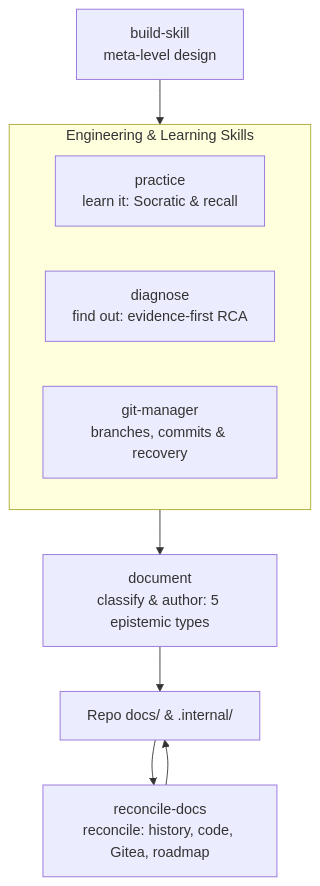
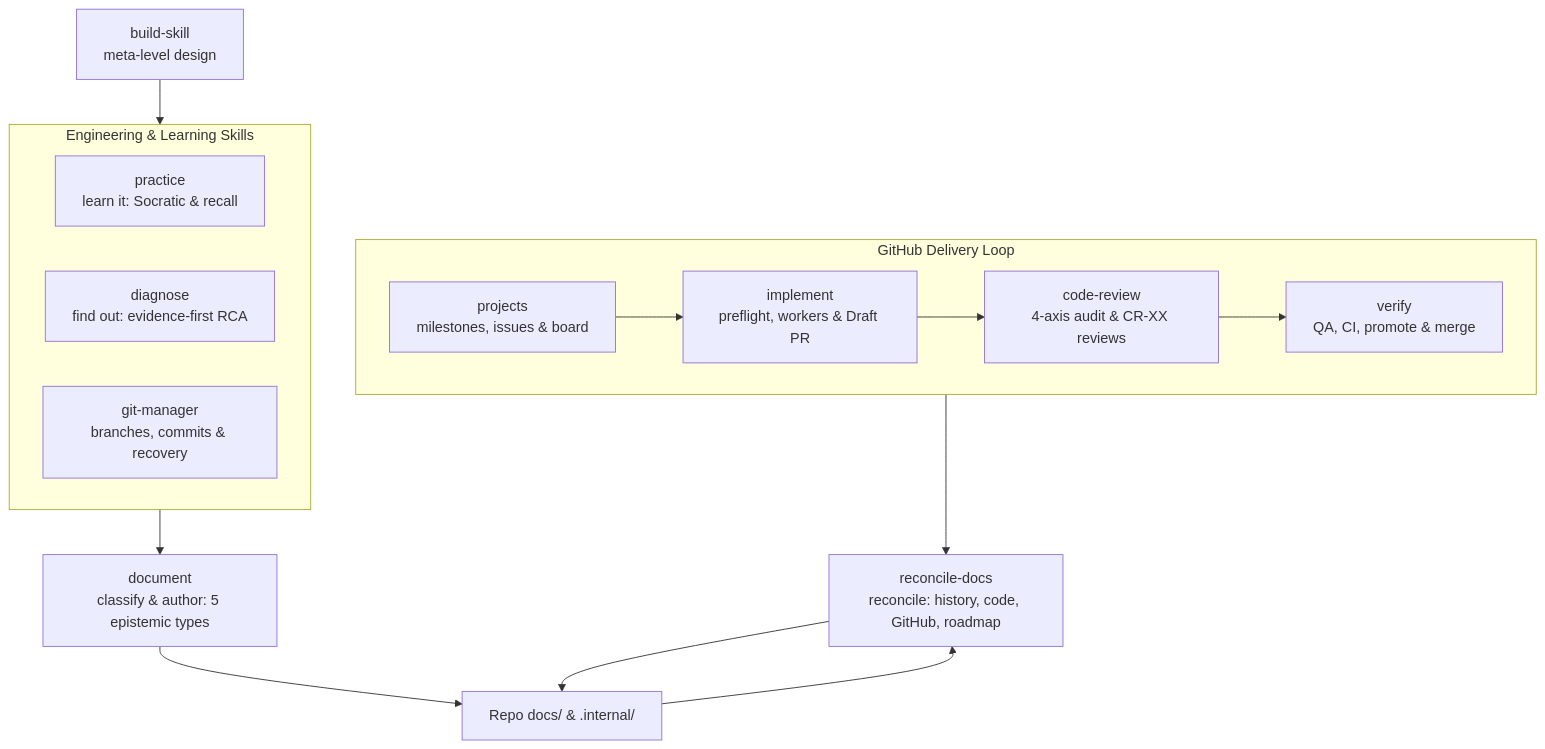
The diagram in README.md (kiskaadee/skills), drawn with Mermaid before and after one commit. The commit also changed other lines of this file and 7 other files, not shown here.

First line of the commit message:
refactor(skills): align retained skills and docs with GitHub delivery loop

````diff
--- a/README.md
+++ b/README.md
@@ -39,18 +39,26 @@
 ```mermaid
 flowchart TD
     SB["build-skill<br/>meta-level design"]
     subgraph Core["Engineering & Learning Skills"]
         PRAC["practice<br/>learn it: Socratic & recall"]
         DIAG["diagnose<br/>find out: evidence-first RCA"]
         GIT["git-manager<br/>branches, commits & recovery"]
     end
+    subgraph Delivery["GitHub Delivery Loop"]
+        PROJ["projects<br/>milestones, issues & board"]
+        IMPL["implement<br/>preflight, workers & Draft PR"]
+        CR["code-review<br/>4-axis audit & CR-XX reviews"]
+        VER["verify<br/>QA, CI, promote & merge"]
+        PROJ --> IMPL --> CR --> VER
+    end
     DOC["document<br/>classify & author: 5 epistemic types"]
-    REC["reconcile-docs<br/>reconcile: history, code, Gitea, roadmap"]
+    REC["reconcile-docs<br/>reconcile: history, code, GitHub, roadmap"]
     Storage["Repo docs/ & .internal/"]
 
     SB --> Core
     Core --> DOC
+    Delivery --> REC
     DOC --> Storage
     Storage --> REC
     REC --> Storage
 ```
````
